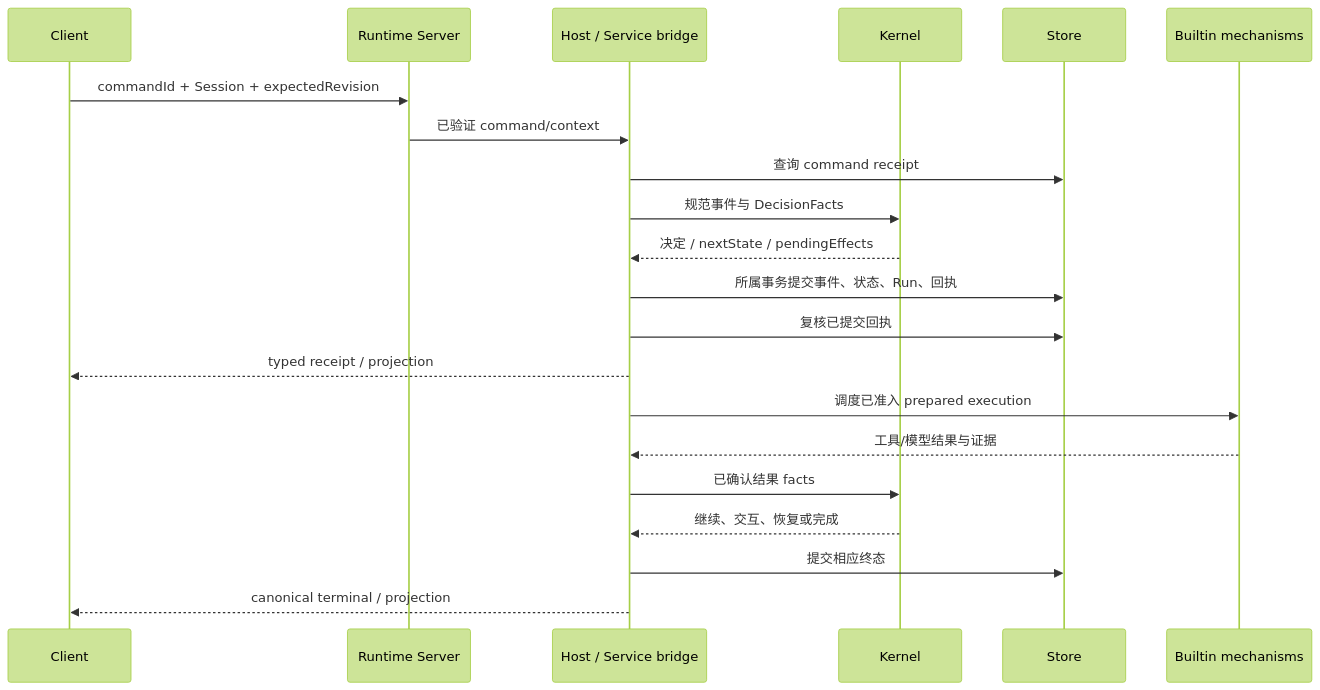
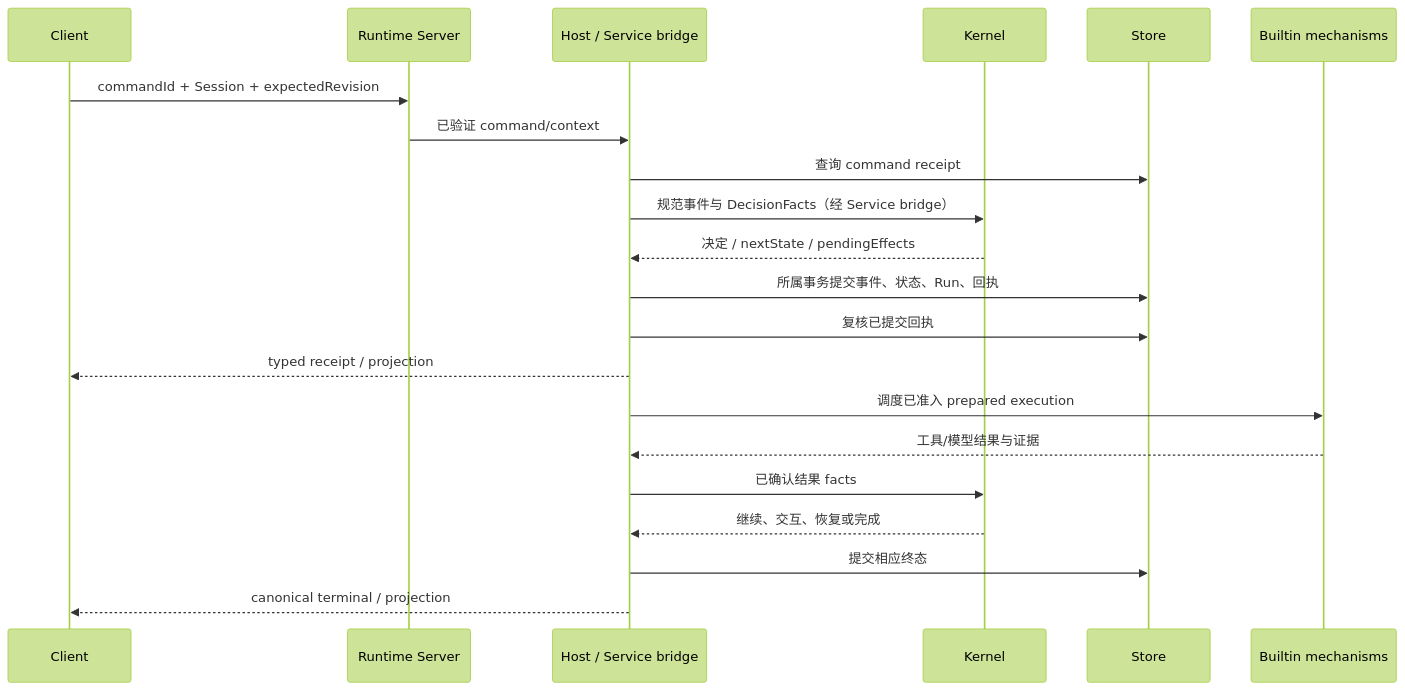
The diagram in docs/development/flows/task-execution.md (ferqx/kite-code), drawn with Mermaid (forest theme) before and after one commit. The commit also changed other lines of this file and 14 other files, not shown here.

Commit message:
docs: map product architecture and verify runtime boundaries

````diff
--- a/docs/development/flows/task-execution.md
+++ b/docs/development/flows/task-execution.md
@@ -5,23 +5,23 @@
 ```mermaid
 sequenceDiagram
   participant C as Client
   participant S as Runtime Server
   participant H as Host / Service bridge
   participant K as Kernel
   participant D as Store
   participant B as Builtin mechanisms
   C->>S: commandId + Session + expectedRevision
   S->>H: 已验证 command/context
   H->>D: 查询 command receipt
-  H->>K: 规范事件与 DecisionFacts
+  H->>K: 规范事件与 DecisionFacts（经 Service bridge）
   K-->>H: 决定 / nextState / pendingEffects
   H->>D: 所属事务提交事件、状态、Run、回执
   H->>D: 复核已提交回执
   H-->>C: typed receipt / projection
   H->>B: 调度已准入 prepared execution
   B-->>H: 工具/模型结果与证据
   H->>K: 已确认结果 facts
   K-->>H: 继续、交互、恢复或完成
   H->>D: 提交相应终态
   H-->>C: canonical terminal / projection
 ```
````
